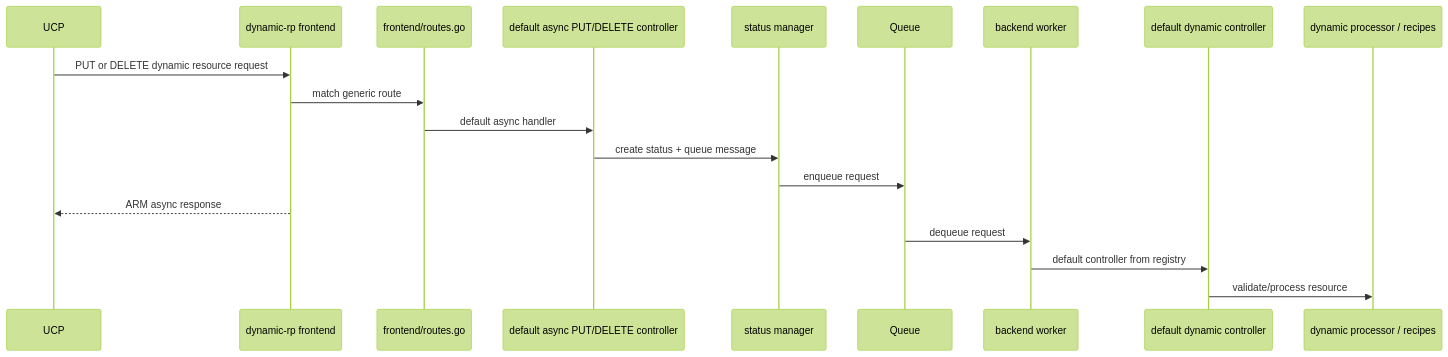
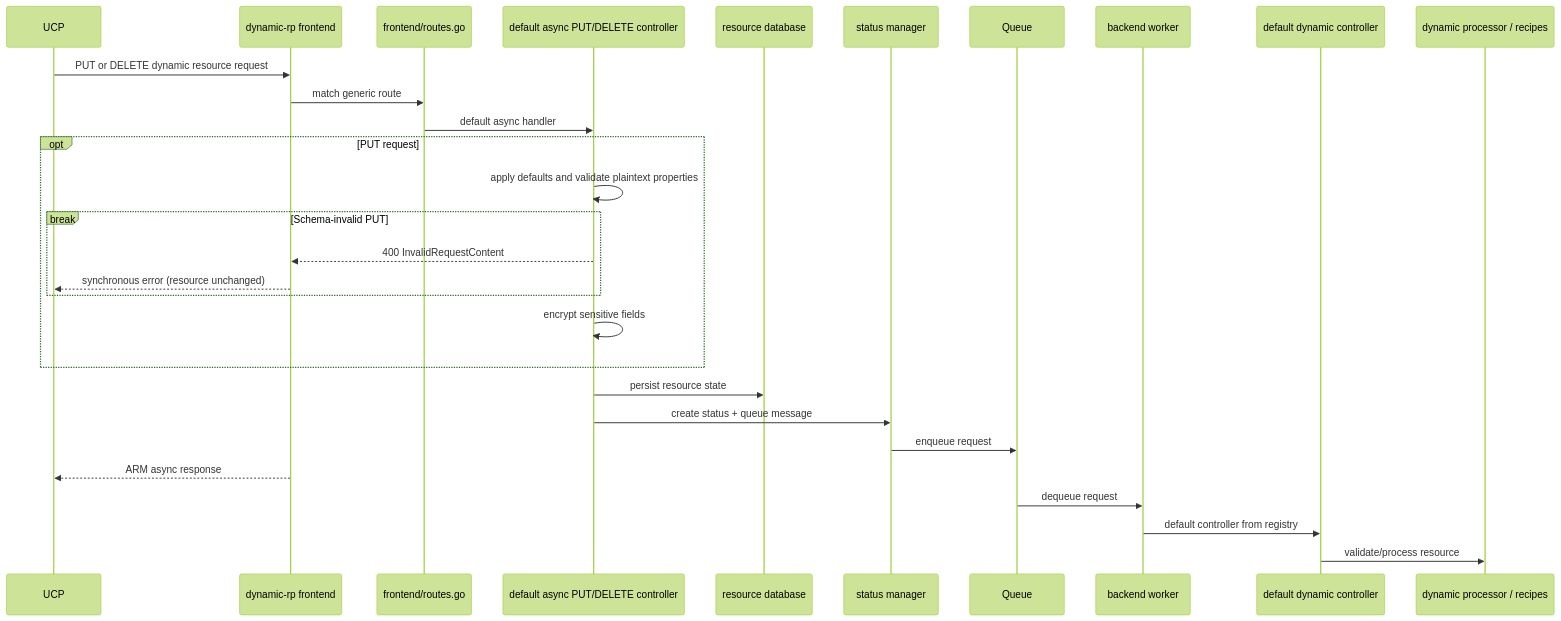
Before and after one commit to radius-project/radius: the second of 2 diagrams in docs/architecture/dynamic-rp.md, drawn with Mermaid (forest theme). The commit also changed other lines of this file and 8 other files, not shown here.

First line of the commit message:
Validate dynamic resource PUTs before persistence

````diff
--- a/docs/architecture/dynamic-rp.md
+++ b/docs/architecture/dynamic-rp.md
@@ -143,22 +143,32 @@
 ```mermaid
 sequenceDiagram
   participant UCP
   participant API as dynamic-rp frontend
   participant Route as frontend/routes.go
   participant DefaultAsync as default async PUT/DELETE controller
+  participant Store as resource database
   participant Status as status manager
   participant Queue
   participant Worker as backend worker
   participant DefaultCtrl as default dynamic controller
   participant Processor as dynamic processor / recipes
 
   UCP->>API: PUT or DELETE dynamic resource request
   API->>Route: match generic route
   Route->>DefaultAsync: default async handler
+  opt PUT request
+    DefaultAsync->>DefaultAsync: apply defaults and validate plaintext properties
+    break Schema-invalid PUT
+      DefaultAsync-->>API: 400 InvalidRequestContent
+      API-->>UCP: synchronous error (resource unchanged)
+    end
+    DefaultAsync->>DefaultAsync: encrypt sensitive fields
+  end
+  DefaultAsync->>Store: persist resource state
   DefaultAsync->>Status: create status + queue message
   Status->>Queue: enqueue request
   API-->>UCP: ARM async response
   Queue->>Worker: dequeue request
   Worker->>DefaultCtrl: default controller from registry
   DefaultCtrl->>Processor: validate/process resource
 ```
````
